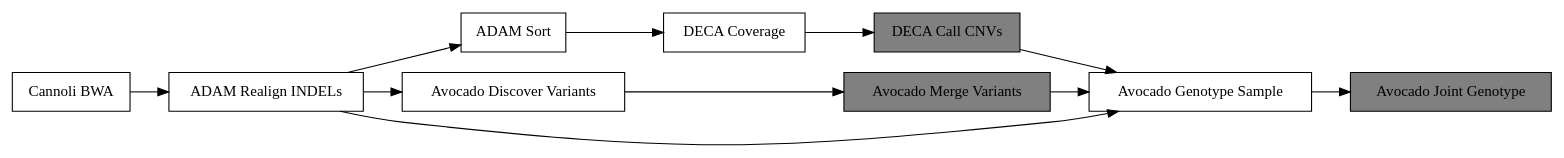
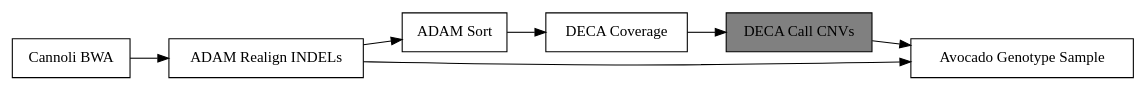
One commit to fnothaft/docs changed the diagram in phd-dissertation/graphs/pipeline.dot. Above: the diagram before and after it, drawn with Graphviz. The commit also changed 4 other files, not shown here.

Commit message:
Added new workflow diagram.

```diff
--- a/phd-dissertation/graphs/pipeline.dot
+++ b/phd-dissertation/graphs/pipeline.dot
@@ -1,21 +1,17 @@
 digraph pipeline {
   rankdir = LR;
   node [shape=record];
 
   cannoli [label="Cannoli BWA"];
   
   realign [label="ADAM Realign INDELs"];
   sort [label="ADAM Sort"];
   
-  discover [label="Avocado Discover Variants"];
-  merge [label="Avocado Merge Variants" style="filled" fillcolor="grey"];
   genotype [label="Avocado Genotype Sample"];
-  joint [label="Avocado Joint Genotype" style="filled" fillcolor="grey"];
 
   coverage [label="DECA Coverage"];
   cnv [label="DECA Call CNVs" style="filled" fillcolor="grey"];
 
-  cannoli -> realign -> discover -> merge -> genotype -> joint;
-  realign -> genotype;
+  cannoli -> realign -> genotype;
   realign -> sort -> coverage -> cnv -> genotype;
 }
```
